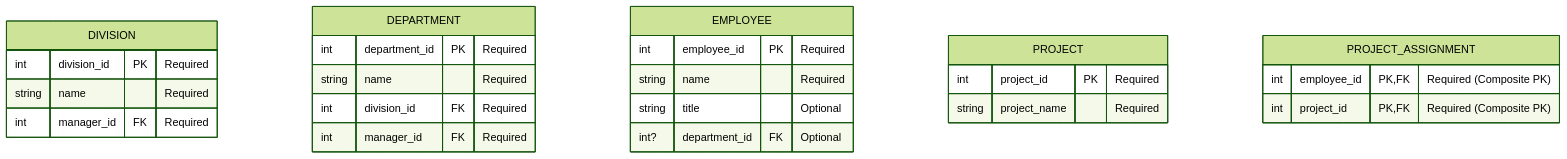
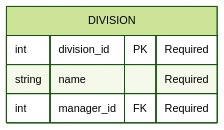
One commit to mszeihen/DatabaseProject-5725 changed the diagram in ERD_mid_diagram.qmd. Above: the diagram before and after it, drawn with Mermaid (forest theme).

````diff
--- a/ERD_mid_diagram.qmd
+++ b/ERD_mid_diagram.qmd
@@ -14,33 +14,9 @@
 ```{mermaid}
 erDiagram
     DIVISION {
         int division_id PK "Required"
         string name "Required"
         int manager_id FK "Required"
     }
 
-    DEPARTMENT {
-        int department_id PK "Required"
-        string name "Required"
-        int division_id FK "Required"
-        int manager_id FK "Required"
-    }
-
-    EMPLOYEE {
-        int employee_id PK "Required"
-        string name "Required"
-        string title "Optional"
-        int? department_id FK "Optional"
-    }
-
-    PROJECT {
-        int project_id PK "Required"
-        string project_name "Required"
-    }
-
-    PROJECT_ASSIGNMENT {
-        int employee_id PK, FK "Required (Composite PK)"
-        int project_id PK, FK "Required (Composite PK)"
-
-    }
 ```
````
